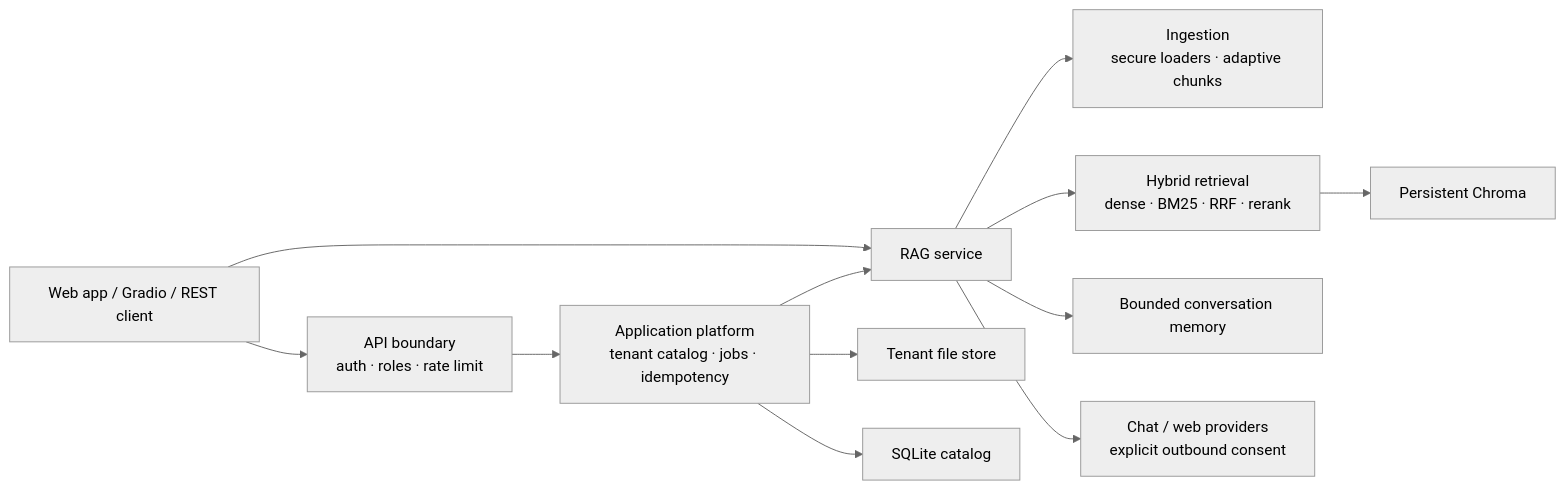
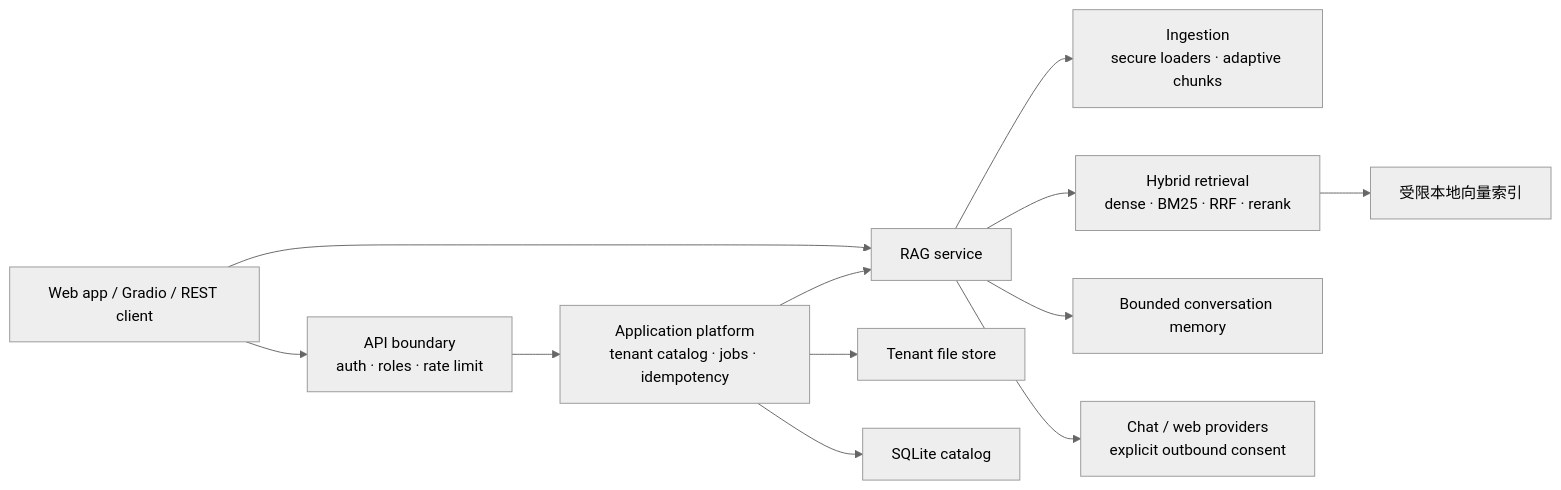
Before and after one commit to XWsight/rag-platform: the diagram in README.md, drawn with Mermaid (neutral theme). The commit also changed other lines of this file and 21 other files, not shown here.

````diff
--- a/README.md
+++ b/README.md
@@ -30,14 +30,14 @@
 ```mermaid
 flowchart LR
     C["Web app / Gradio / REST client"] --> A["API boundary\nauth · roles · rate limit"]
     A --> P["Application platform\ntenant catalog · jobs · idempotency"]
     C --> S["RAG service"]
     P --> S
     P --> F["Tenant file store"]
     P --> Q["SQLite catalog"]
     S --> I["Ingestion\nsecure loaders · adaptive chunks"]
     S --> R["Hybrid retrieval\ndense · BM25 · RRF · rerank"]
-    R --> V["Persistent Chroma"]
+    R --> V["受限本地向量索引"]
     S --> M["Bounded conversation memory"]
     S --> Z["Chat / web providers\nexplicit outbound consent"]
 ```
````
